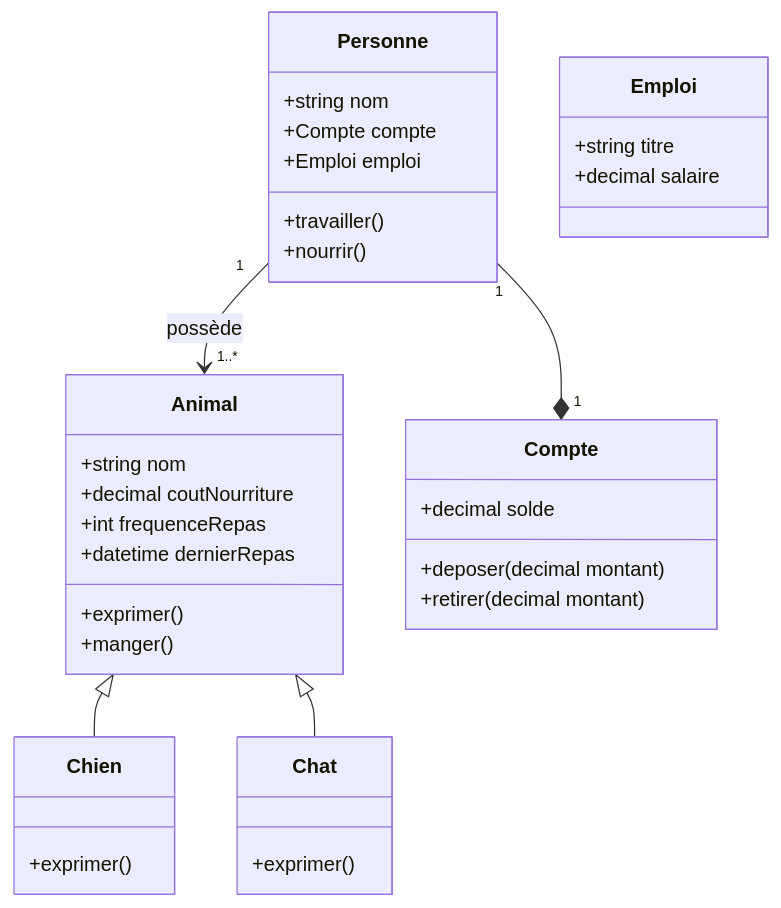
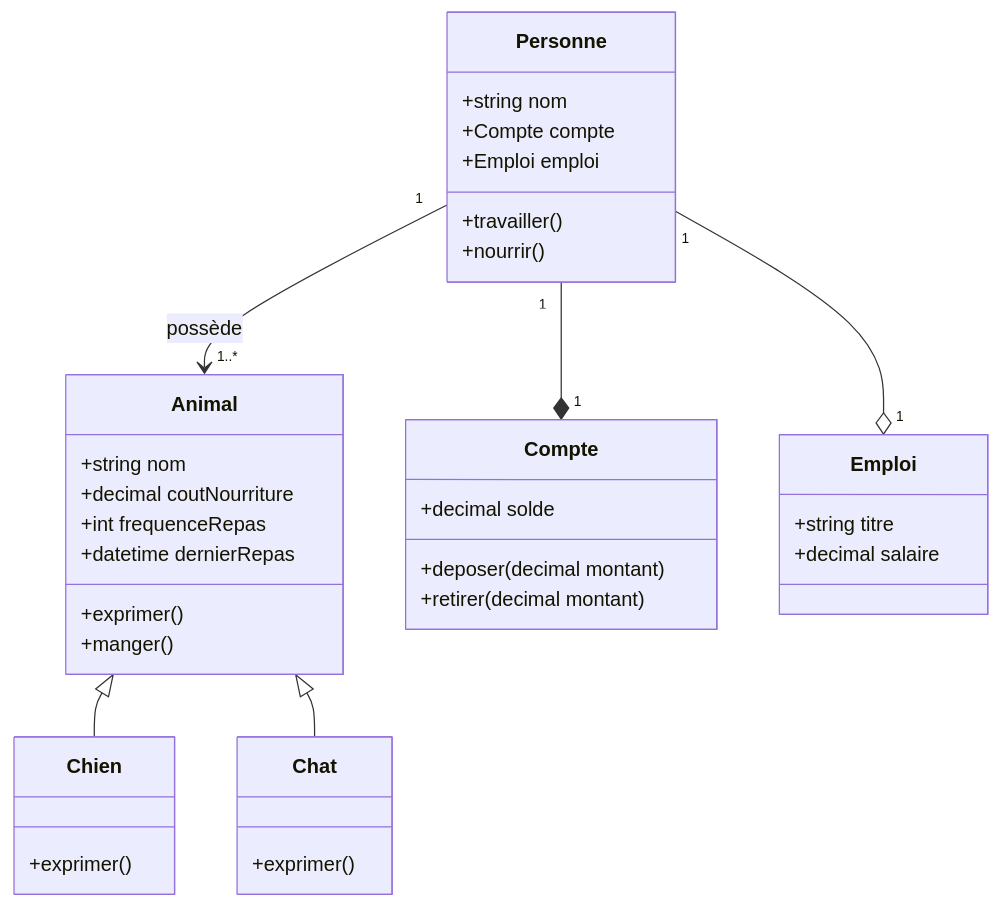
The diagram in Diagramme.mmd (FrancoLeme/WIN_BobCity-S3-S4-), drawn with Mermaid before and after one commit.

```diff
--- a/Diagramme.mmd
+++ b/Diagramme.mmd
@@ -1,48 +1,49 @@
 classDiagram
     Animal <|-- Chien
     Animal <|-- Chat
     Personne "1" --> "1..*" Animal : possède
     Personne "1" --* "1" Compte
+    Personne "1" --o "1" Emploi
 
 
 
     class Animal{
         +string nom
         +decimal coutNourriture
         +int frequenceRepas
         +datetime dernierRepas
 
         +exprimer()
         +manger()
     }
 
     class Chien{
         +exprimer()
     }
 
     class Chat{
         +exprimer()
     }
 
     class Personne{
         +string nom
         +Compte compte
         +Emploi emploi
 
         +travailler()
         +nourrir()
     }
 
     class Compte{
         +decimal solde
 
         +deposer(decimal montant)
         +retirer(decimal montant)
     }
 
     class Emploi{
         +string titre
         +decimal salaire
 
 
     }
```
